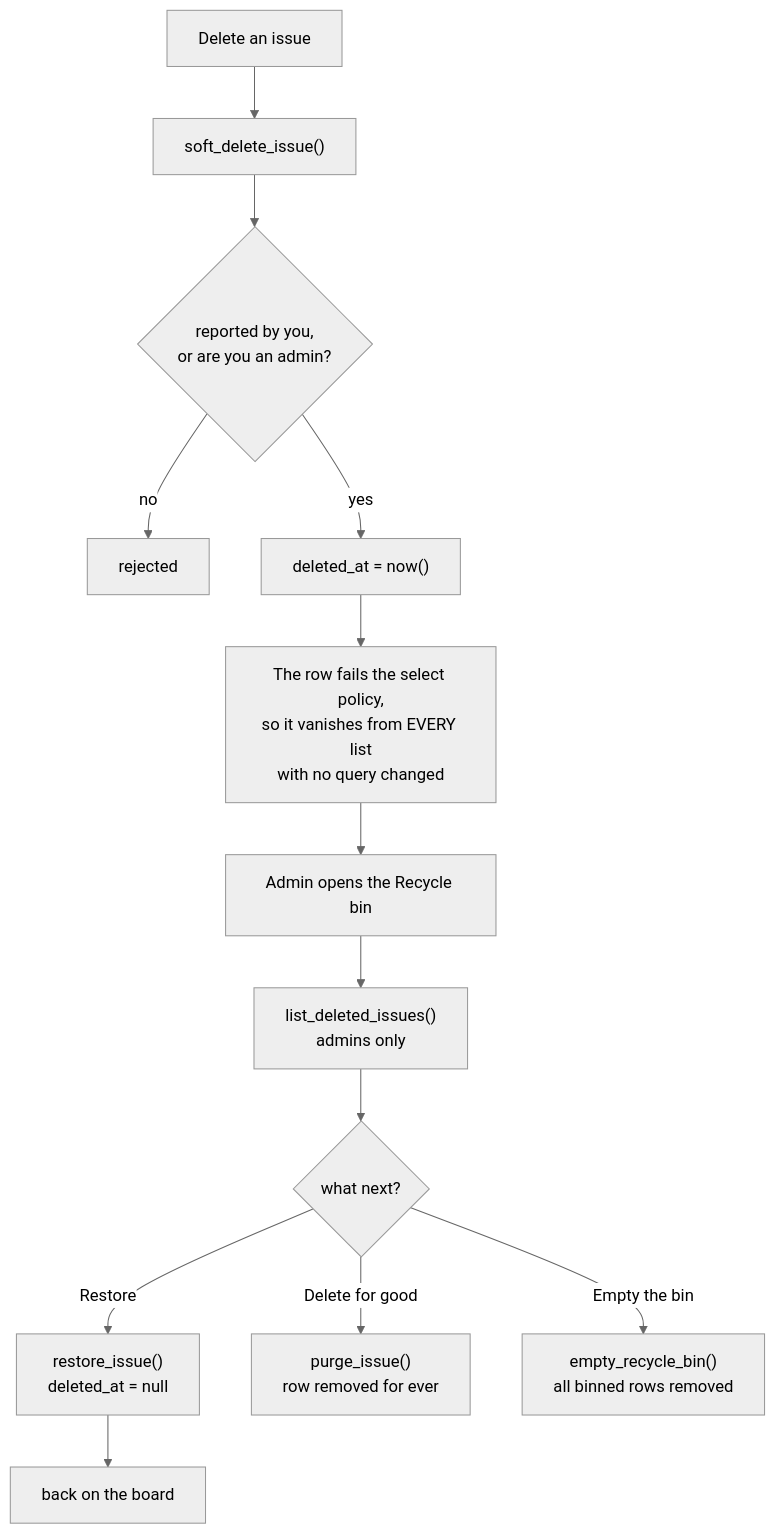
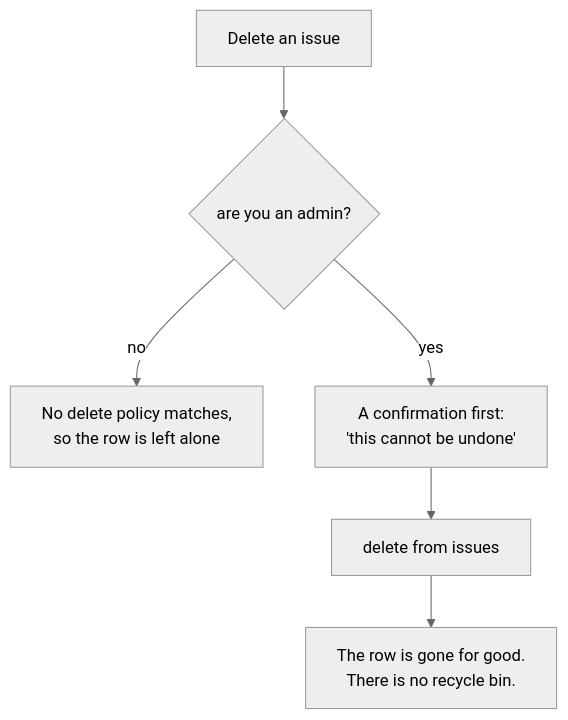
Diagram 12 of 19 in docs/FLOWCHARTS.md (syasyaAlya/issueTrackers), drawn with Mermaid (neutral theme) before and after one commit. The commit also changed other lines of this file and 3 other files, not shown here.

First line of the commit message:
Remove the recycle bin

````diff
--- a/docs/FLOWCHARTS.md
+++ b/docs/FLOWCHARTS.md
@@ -244,18 +241,8 @@
 ```mermaid
 flowchart TD
-    A["Delete an issue"] --> B["soft_delete_issue()"]
-    B --> C{"reported by you,<br/>or are you an admin?"}
-    C -- "no" --> D["rejected"]
-    C -- "yes" --> E["deleted_at = now()"]
-
-    E --> F["The row fails the select policy,<br/>so it vanishes from EVERY list<br/>with no query changed"]
-
-    F --> G["Admin opens the Recycle bin"]
-    G --> H["list_deleted_issues()<br/>admins only"]
-    H --> I{"what next?"}
-    I -- "Restore" --> J["restore_issue()<br/>deleted_at = null"]
-    I -- "Delete for good" --> K["purge_issue()<br/>row removed for ever"]
-    I -- "Empty the bin" --> L["empty_recycle_bin()<br/>all binned rows removed"]
-
-    J --> M["back on the board"]
+    A["Delete an issue"] --> B{"are you an admin?"}
+    B -- "no" --> C["No delete policy matches,<br/>so the row is left alone"]
+    B -- "yes" --> D["A confirmation first:<br/>'this cannot be undone'"]
+    D --> E["delete from issues"]
+    E --> F["The row is gone for good.<br/>There is no recycle bin."]
 ```
````
